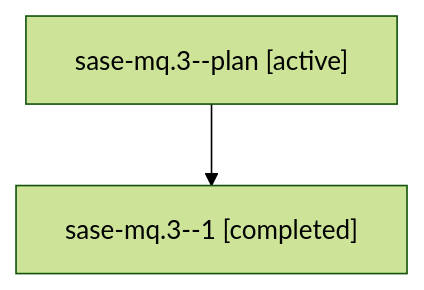
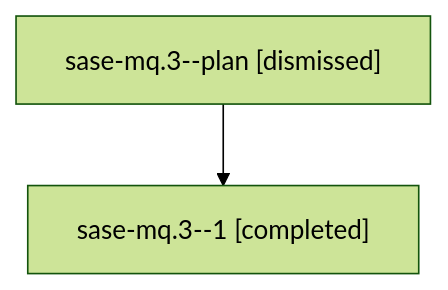
Before and after one commit to sase-org/sase--agents: the diagram in sessions/bbugyi200.athena.sase-mq.3.md, drawn with Mermaid (forest theme). The commit also changed other lines of this file and 128 other files, not shown here.

````diff
--- a/sessions/bbugyi200.athena.sase-mq.3.md
+++ b/sessions/bbugyi200.athena.sase-mq.3.md
@@ -9,6 +9,6 @@
 ```mermaid
 flowchart TD
-  n0["sase-mq.3--plan [active]"]
+  n0["sase-mq.3--plan [dismissed]"]
   n1["sase-mq.3--1 [completed]"]
   n0 --> n1
 ```
````
